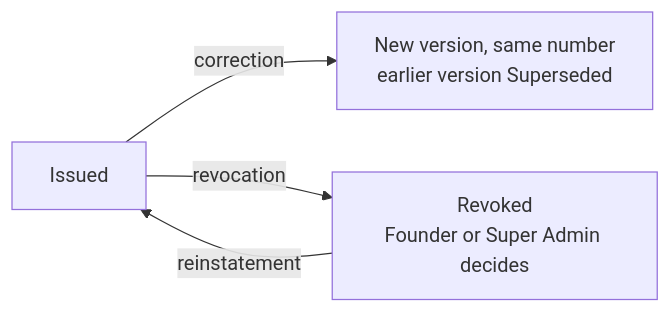
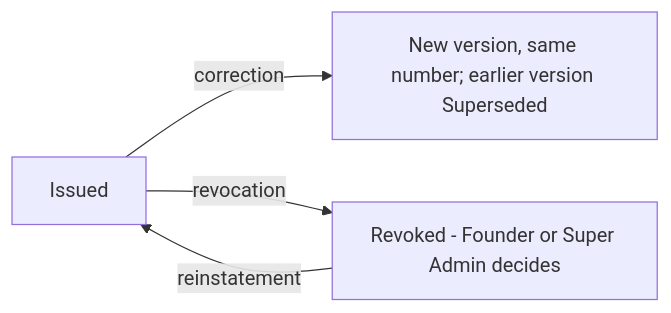
One commit to misterpk-18/nipunalms changed diagram 16 of 17 in docs/PRODUCT_GUIDE.md. Above: the diagram before and after it, drawn with Mermaid. The commit also changed other lines of this file, not shown here.

Commit message:
Product guide: simpler Mermaid syntax, taller layouts, assignment and test charts split

````diff
--- a/docs/PRODUCT_GUIDE.md
+++ b/docs/PRODUCT_GUIDE.md
@@ -308,6 +313,6 @@
 ```mermaid
 flowchart LR
-    A["Issued"] -->|"correction"| B["New version, same number<br/>earlier version Superseded"]
-    A -->|"revocation"| C["Revoked<br/>Founder or Super Admin decides"]
+    A["Issued"] -->|"correction"| B["New version, same number; earlier version Superseded"]
+    A -->|"revocation"| C["Revoked - Founder or Super Admin decides"]
     C -->|"reinstatement"| A
 ```
````
